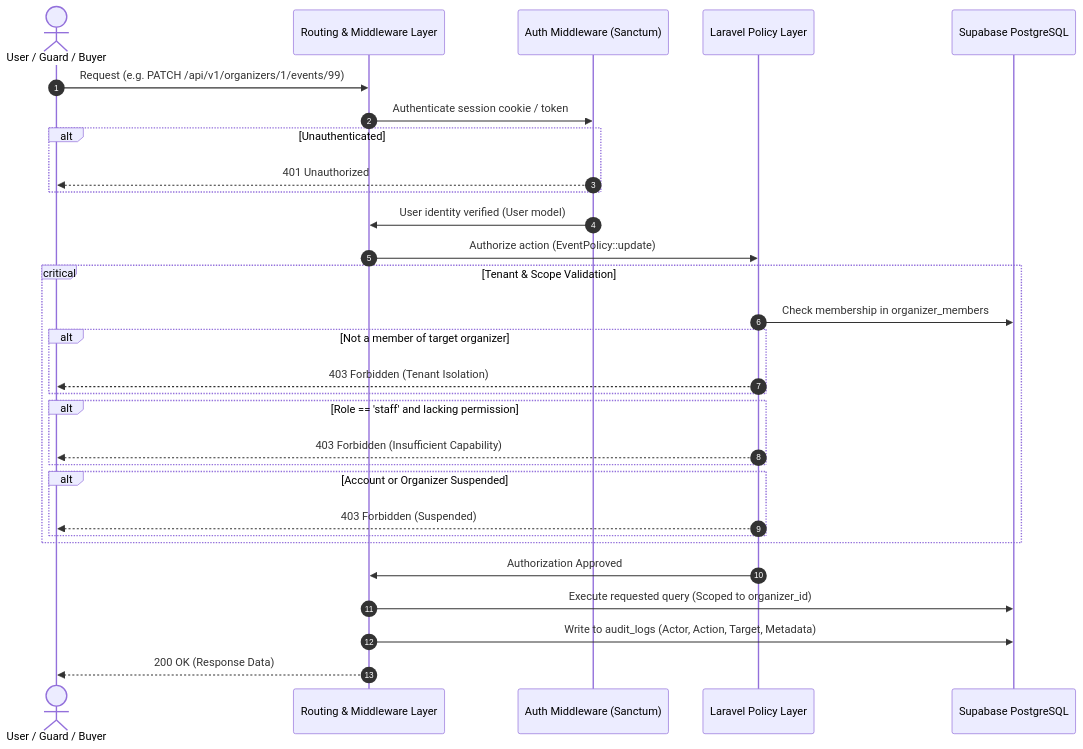
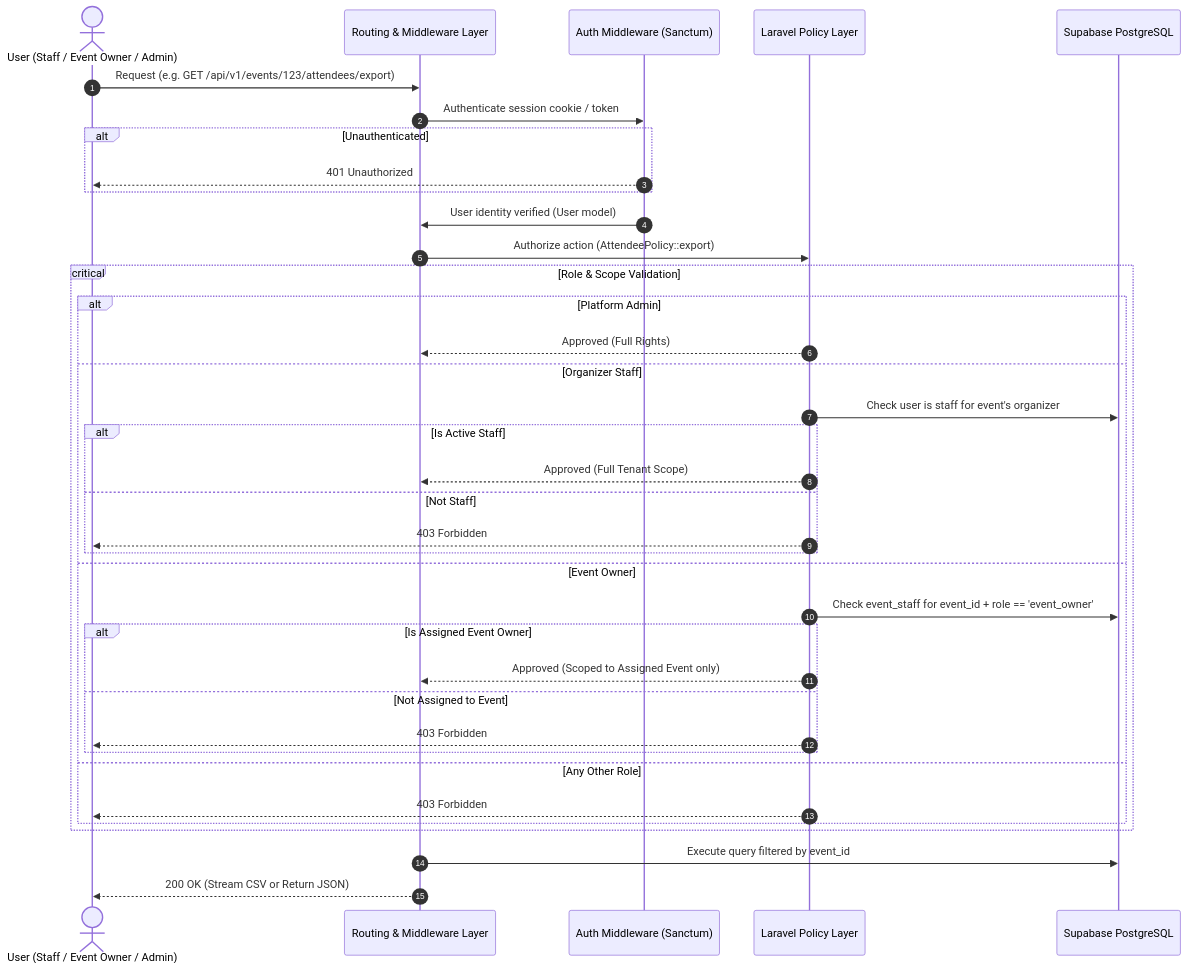
Before and after one commit to kreativesahara/ticket: the second of 2 diagrams in doc/roleandprivileage.md, drawn with Mermaid. The commit also changed other lines of this file and 7 other files, not shown here.

Commit message:
refactor: update roles by replacing organizer owner with event owner and expanding staff privileges

````diff
--- a/doc/roleandprivileage.md
+++ b/doc/roleandprivileage.md
@@ -178,36 +147,43 @@
 ```mermaid
 sequenceDiagram
     autonumber
-    actor Client as User / Guard / Buyer
+    actor Client as User (Staff / Event Owner / Admin)
     participant HTTP as Routing & Middleware Layer
     participant Sanctum as Auth Middleware (Sanctum)
     participant Policy as Laravel Policy Layer
     participant DB as Supabase PostgreSQL
 
-    Client->>HTTP: Request (e.g. PATCH /api/v1/organizers/1/events/99)
+    Client->>HTTP: Request (e.g. GET /api/v1/events/123/attendees/export)
     HTTP->>Sanctum: Authenticate session cookie / token
     alt Unauthenticated
         Sanctum-->>Client: 401 Unauthorized
     end
 
     Sanctum->>HTTP: User identity verified (User model)
-    HTTP->>Policy: Authorize action (EventPolicy::update)
+    HTTP->>Policy: Authorize action (AttendeePolicy::export)
 
-    critical Tenant & Scope Validation
-        Policy->>DB: Check membership in organizer_members
-        alt Not a member of target organizer
-            Policy-->>Client: 403 Forbidden (Tenant Isolation)
-        end
-        alt Role == 'staff' and lacking permission
-            Policy-->>Client: 403 Forbidden (Insufficient Capability)
-        end
-        alt Account or Organizer Suspended
-            Policy-->>Client: 403 Forbidden (Suspended)
+    critical Role & Scope Validation
+        alt Platform Admin
+            Policy-->>HTTP: Approved (Full Rights)
+        else Organizer Staff
+            Policy->>DB: Check user is staff for event's organizer
+            alt Is Active Staff
+                Policy-->>HTTP: Approved (Full Tenant Scope)
+            else Not Staff
+                Policy-->>Client: 403 Forbidden
+            end
+        else Event Owner
+            Policy->>DB: Check event_staff for event_id + role == 'event_owner'
+            alt Is Assigned Event Owner
+                Policy-->>HTTP: Approved (Scoped to Assigned Event only)
+            else Not Assigned to Event
+                Policy-->>Client: 403 Forbidden
+            end
+        else Any Other Role
+            Policy-->>Client: 403 Forbidden
         end
     end
 
-    Policy->>HTTP: Authorization Approved
-    HTTP->>DB: Execute requested query (Scoped to organizer_id)
-    HTTP->>DB: Write to audit_logs (Actor, Action, Target, Metadata)
-    HTTP-->>Client: 200 OK (Response Data)
+    HTTP->>DB: Execute query filtered by event_id
+    HTTP-->>Client: 200 OK (Stream CSV or Return JSON)
 ```
````
